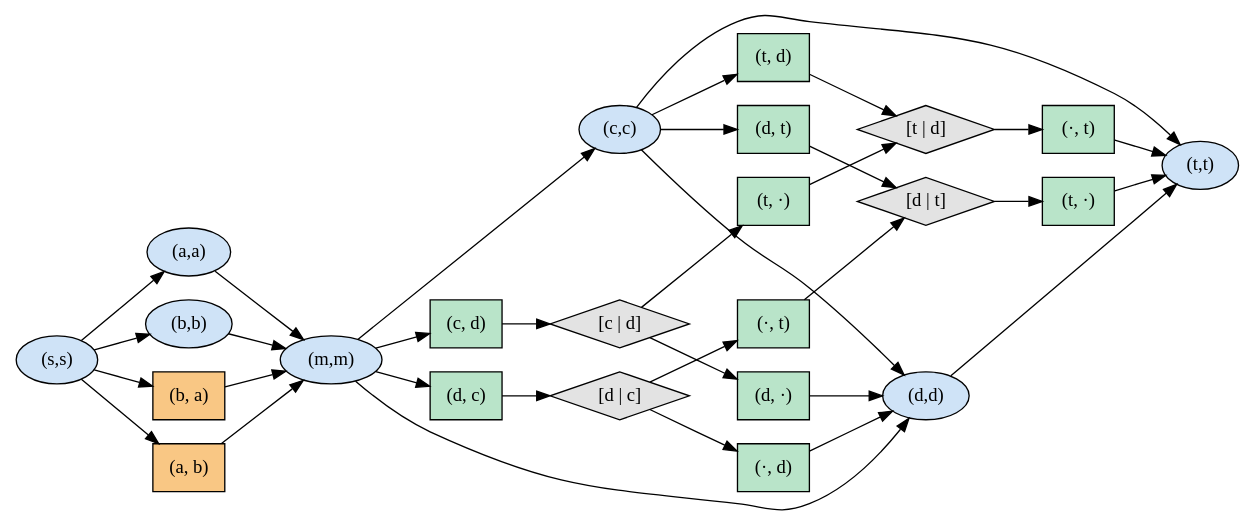
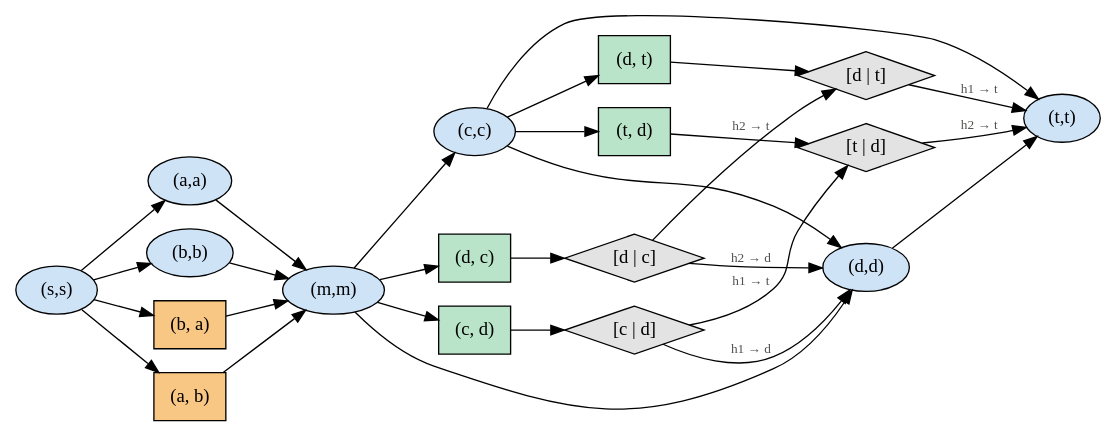
One commit to NafisehJ/diploidgraph changed the diagram in examples/out/06_w_motif_diploid.dot. Above: the diagram before and after it, drawn with Graphviz. The commit also changed 8 other files, not shown here.

Commit message:
Simpler W-motif figure: single-haplotype moves drawn as labelled arrows

```diff
--- a/examples/out/06_w_motif_diploid.dot
+++ b/examples/out/06_w_motif_diploid.dot
@@ -1,60 +1,49 @@
 digraph GD {
   rankdir=LR;
   node [style=filled];
+  edge [fontsize=10, fontcolor="#52514e"];
   n0 [label="(s,s)", shape=ellipse, fillcolor="#cfe3f7"];
   n1 [label="(a,a)", shape=ellipse, fillcolor="#cfe3f7"];
   n2 [label="(b,b)", shape=ellipse, fillcolor="#cfe3f7"];
   n3 [label="(m,m)", shape=ellipse, fillcolor="#cfe3f7"];
   n4 [label="(c,c)", shape=ellipse, fillcolor="#cfe3f7"];
   n5 [label="(d,d)", shape=ellipse, fillcolor="#cfe3f7"];
   n6 [label="(t,t)", shape=ellipse, fillcolor="#cfe3f7"];
   n7 [label="(b, a)", shape=box, fillcolor="#f9c784"];
   n8 [label="(a, b)", shape=box, fillcolor="#f9c784"];
   n9 [label="(c, d)", shape=box, fillcolor="#b9e4c9"];
   n10 [label="[c | d]", shape=diamond, fillcolor="#e3e3e3"];
   n11 [label="(d, c)", shape=box, fillcolor="#b9e4c9"];
   n12 [label="[d | c]", shape=diamond, fillcolor="#e3e3e3"];
   n13 [label="(d, t)", shape=box, fillcolor="#b9e4c9"];
   n14 [label="[d | t]", shape=diamond, fillcolor="#e3e3e3"];
   n15 [label="(t, d)", shape=box, fillcolor="#b9e4c9"];
   n16 [label="[t | d]", shape=diamond, fillcolor="#e3e3e3"];
-  n17 [label="(d, ·)", shape=box, fillcolor="#b9e4c9"];
-  n18 [label="(t, ·)", shape=box, fillcolor="#b9e4c9"];
-  n19 [label="(·, d)", shape=box, fillcolor="#b9e4c9"];
-  n20 [label="(·, t)", shape=box, fillcolor="#b9e4c9"];
-  n21 [label="(t, ·)", shape=box, fillcolor="#b9e4c9"];
-  n22 [label="(·, t)", shape=box, fillcolor="#b9e4c9"];
   n0 -> n7;
   n0 -> n8;
   n0 -> n1;
   n0 -> n2;
   n1 -> n3;
   n2 -> n3;
   n3 -> n9;
   n3 -> n11;
   n3 -> n4;
   n3 -> n5;
   n4 -> n13;
   n4 -> n15;
   n4 -> n5;
   n4 -> n6;
   n5 -> n6;
   n7 -> n3;
   n8 -> n3;
   n9 -> n10;
-  n10 -> n17;
-  n10 -> n18;
+  n10 -> n5 [label="h1 → d"];
+  n10 -> n16 [label="h1 → t"];
   n11 -> n12;
-  n12 -> n19;
-  n12 -> n20;
+  n12 -> n5 [label="h2 → d"];
+  n12 -> n14 [label="h2 → t"];
   n13 -> n14;
-  n14 -> n21;
+  n14 -> n6 [label="h1 → t"];
   n15 -> n16;
-  n16 -> n22;
-  n17 -> n5;
-  n18 -> n16;
-  n19 -> n5;
-  n20 -> n14;
-  n21 -> n6;
-  n22 -> n6;
+  n16 -> n6 [label="h2 → t"];
 }
```
